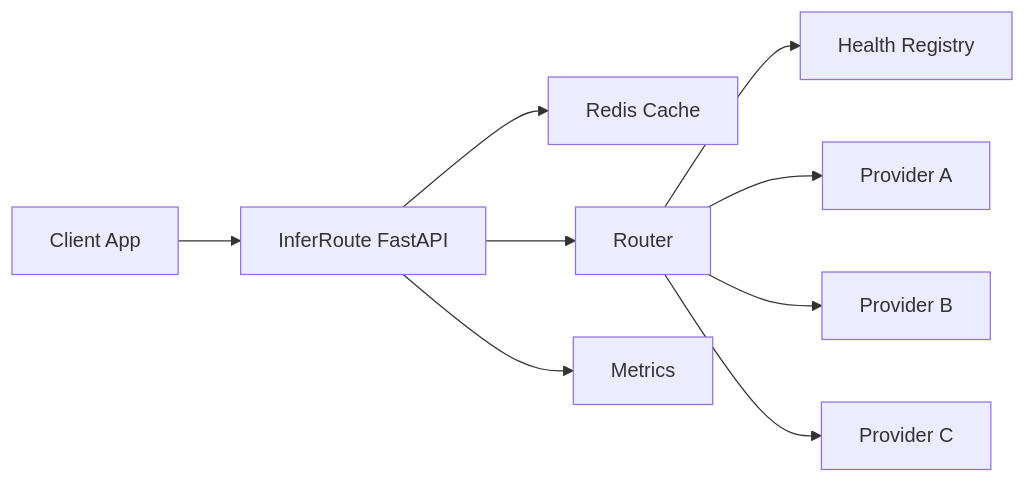
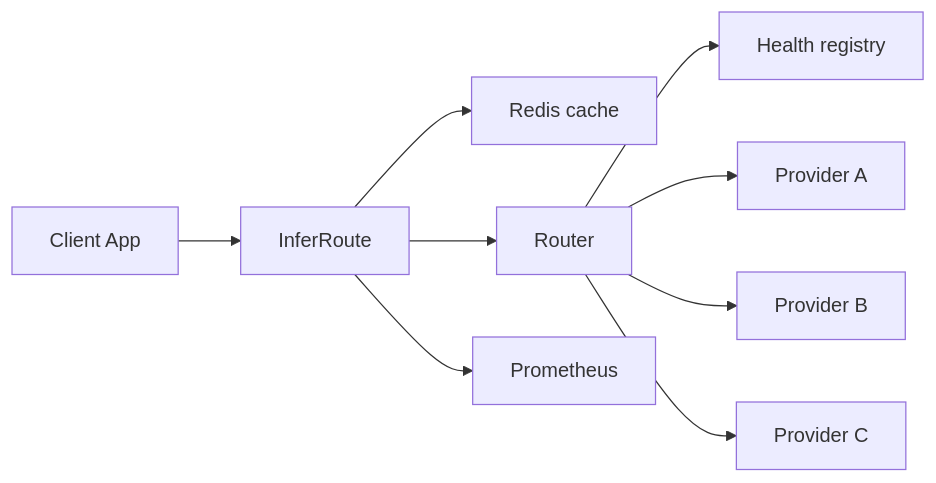
Before and after one commit to TechAfranie-X/infer-route: the diagram in README.md, drawn with Mermaid. The commit also changed other lines of this file and 1 other file, not shown here.

Commit message:
Document the gateway design and record the measured Locust runs.

````diff
--- a/README.md
+++ b/README.md
@@ -17,11 +9,11 @@
 ```mermaid
 flowchart LR
-    Client[Client App] --> Gateway[InferRoute FastAPI]
-    Gateway --> Cache[Redis Cache]
+    Client[Client App] --> Gateway[InferRoute]
+    Gateway --> Cache[Redis cache]
     Gateway --> Router[Router]
-    Router --> HealthRegistry[Health Registry]
+    Router --> Health[Health registry]
     Router --> A[Provider A]
     Router --> B[Provider B]
     Router --> C[Provider C]
-    Gateway --> Metrics[Metrics]
+    Gateway --> Metrics[Prometheus]
 ```
````
